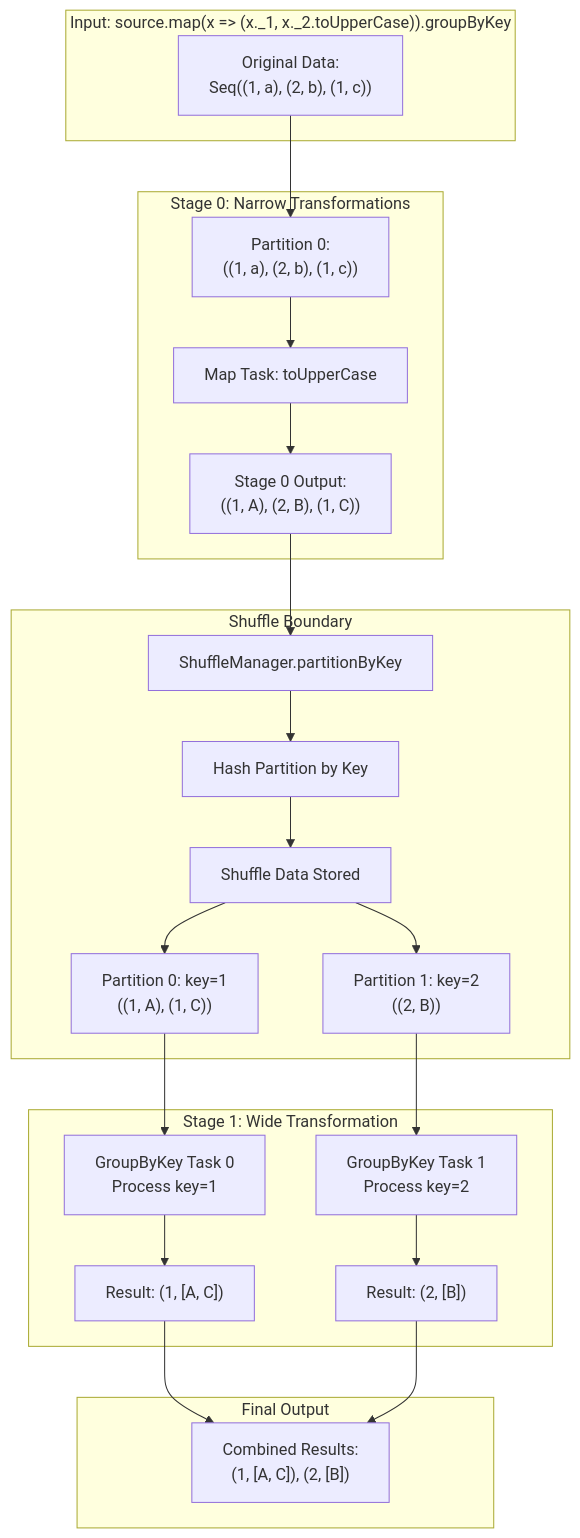
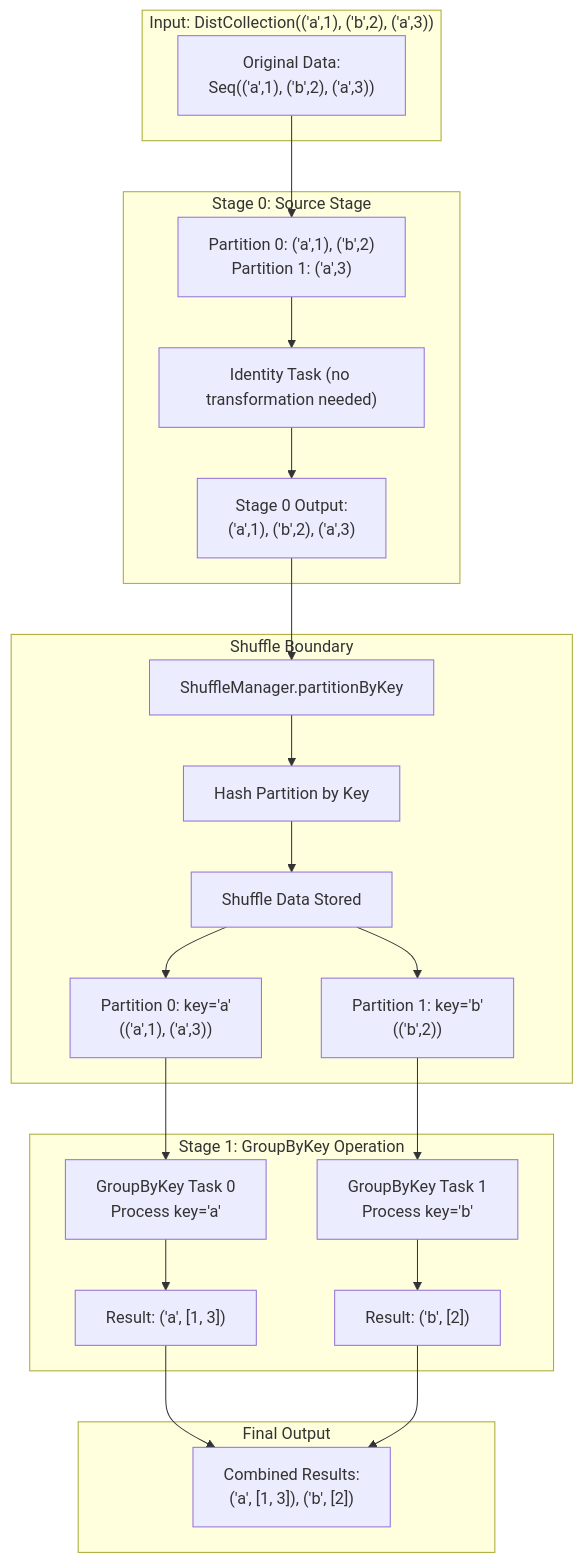
The fifth of 9 diagrams in DAGScheduler.md (ewoodbury/scarlet), drawn with Mermaid before and after one commit. The commit also changed other lines of this file and 3 other files, not shown here.

````diff
--- a/DAGScheduler.md
+++ b/DAGScheduler.md
@@ -99,34 +140,34 @@
 ```mermaid
 graph TD
-    subgraph "Input: source.map(x => (x._1, x._2.toUpperCase)).groupByKey"
-        A["Original Data:<br/>Seq((1, a), (2, b), (1, c))"]
+    subgraph "Input: DistCollection(('a',1), ('b',2), ('a',3))"
+        A["Original Data:<br/>Seq(('a',1), ('b',2), ('a',3))"]
     end
     
-    subgraph "Stage 0: Narrow Transformations"
-        A --> B["Partition 0:<br/>((1, a), (2, b), (1, c))"]
-        B --> C["Map Task: toUpperCase"]
-        C --> D["Stage 0 Output:<br/>((1, A), (2, B), (1, C))"]
+    subgraph "Stage 0: Source Stage"
+        A --> B["Partition 0: ('a',1), ('b',2)<br/>Partition 1: ('a',3)"]
+        B --> C["Identity Task (no transformation needed)"]
+        C --> D["Stage 0 Output:<br/>('a',1), ('b',2), ('a',3)"]
     end
     
     subgraph "Shuffle Boundary"
         D --> E["ShuffleManager.partitionByKey"]
         E --> F["Hash Partition by Key"]
         F --> G["Shuffle Data Stored"]
         
-        G --> H["Partition 0: key=1<br/>((1, A), (1, C))"]
-        G --> I["Partition 1: key=2<br/>((2, B))"]
+        G --> H["Partition 0: key='a'<br/>(('a',1), ('a',3))"]
+        G --> I["Partition 1: key='b'<br/>(('b',2))"]
     end
     
-    subgraph "Stage 1: Wide Transformation"
-        H --> J["GroupByKey Task 0<br/>Process key=1"]
-        I --> K["GroupByKey Task 1<br/>Process key=2"] 
+    subgraph "Stage 1: GroupByKey Operation"
+        H --> J["GroupByKey Task 0<br/>Process key='a'"]
+        I --> K["GroupByKey Task 1<br/>Process key='b'"] 
         
-        J --> L["Result: (1, [A, C])"]
-        K --> M["Result: (2, [B])"]
+        J --> L["Result: ('a', [1, 3])"]
+        K --> M["Result: ('b', [2])"]
     end
     
     subgraph "Final Output"
-        L --> N["Combined Results:<br/>(1, [A, C]), (2, [B])"]
+        L --> N["Combined Results:<br/>('a', [1, 3]), ('b', [2])"]
         M --> N
     end
 ```
````
